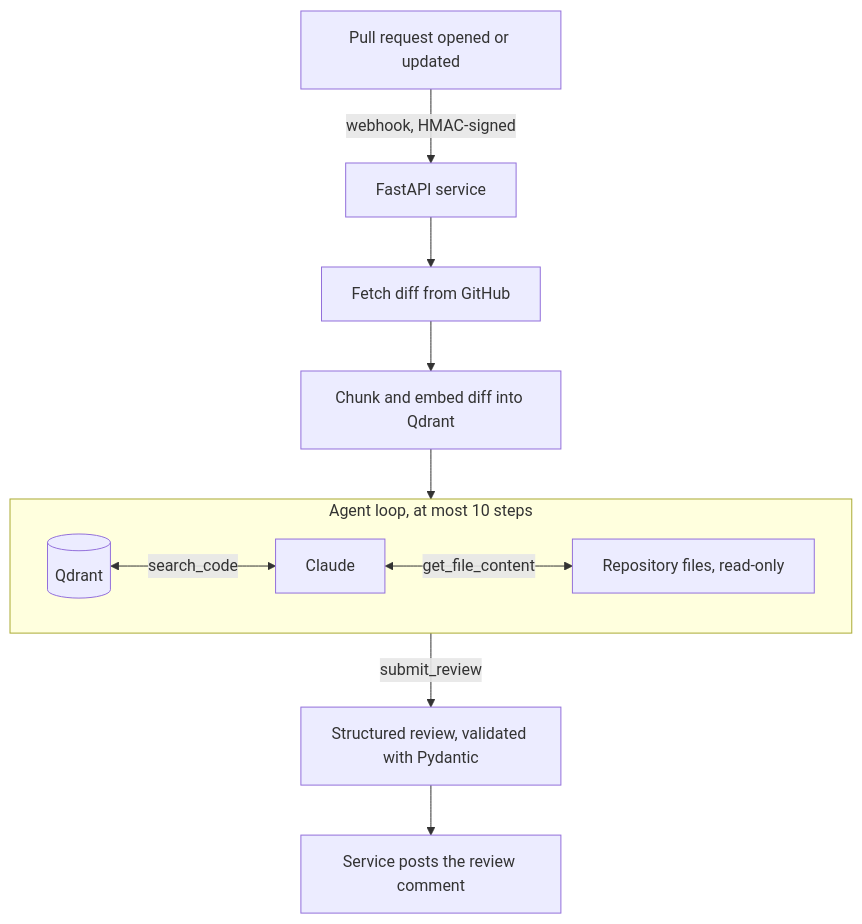
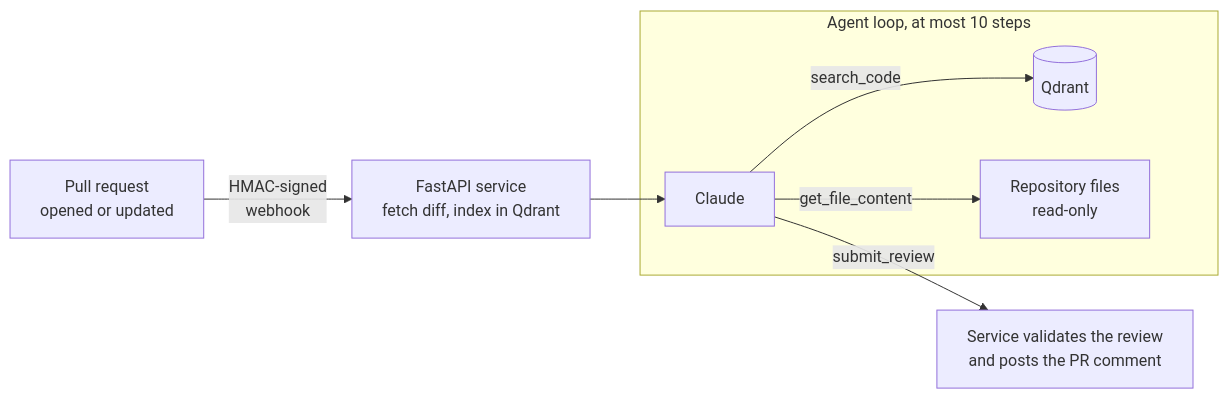
Before and after one commit to Miao0404/pr-review-assistant: the diagram in README.md, drawn with Mermaid.

Commit message:
Simplify architecture diagram

````diff
--- a/README.md
+++ b/README.md
@@ -9,14 +9,10 @@
 ```mermaid
-flowchart TB
-    PR["Pull request opened or updated"] -->|"webhook, HMAC-signed"| API["FastAPI service"]
-    API --> DIFF["Fetch diff from GitHub"]
-    DIFF --> IDX["Chunk and embed diff into Qdrant"]
-    IDX --> LLM
+flowchart LR
+    PR["Pull request<br/>opened or updated"] -->|"HMAC-signed<br/>webhook"| SVC["FastAPI service<br/>fetch diff, index in Qdrant"]
+    SVC --> LLM
     subgraph LOOP["Agent loop, at most 10 steps"]
-        direction LR
-        VEC[("Qdrant")] <-->|"search_code"| LLM["Claude"]
-        LLM <-->|"get_file_content"| REPO["Repository files, read-only"]
+        LLM["Claude"] -->|"search_code"| VEC[("Qdrant")]
+        LLM -->|"get_file_content"| REPO["Repository files<br/>read-only"]
     end
-    LLM -->|"submit_review"| OUT["Structured review, validated with Pydantic"]
-    OUT --> POST["Service posts the review comment"]
+    LLM -->|"submit_review"| POST["Service validates the review<br/>and posts the PR comment"]
 ```
````
